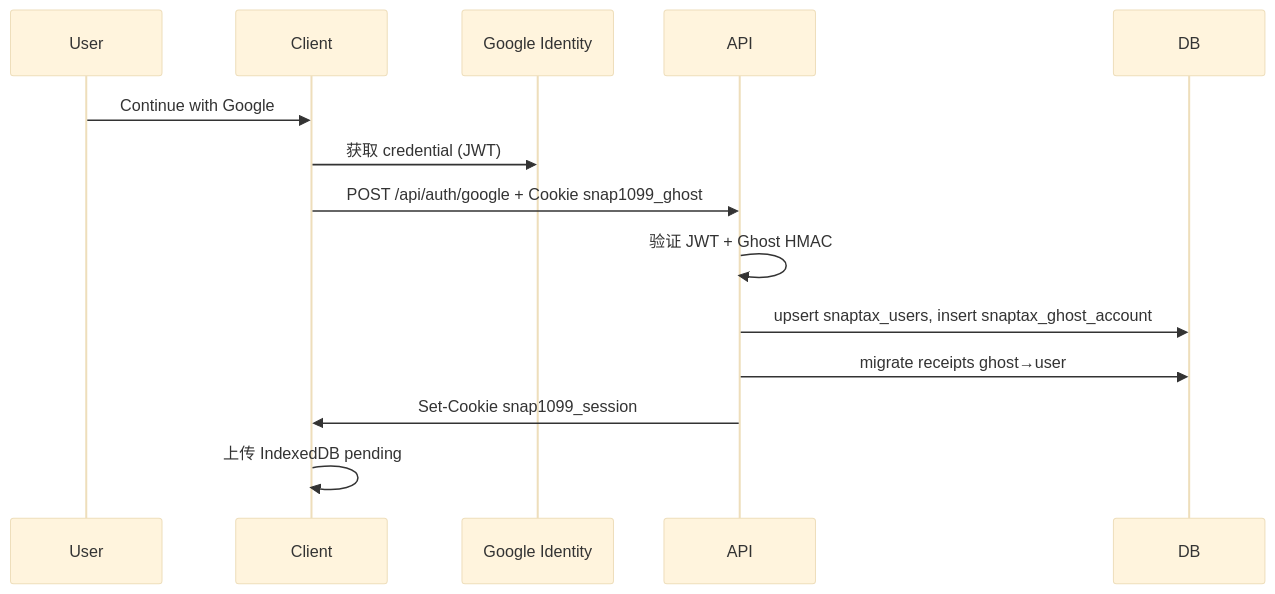
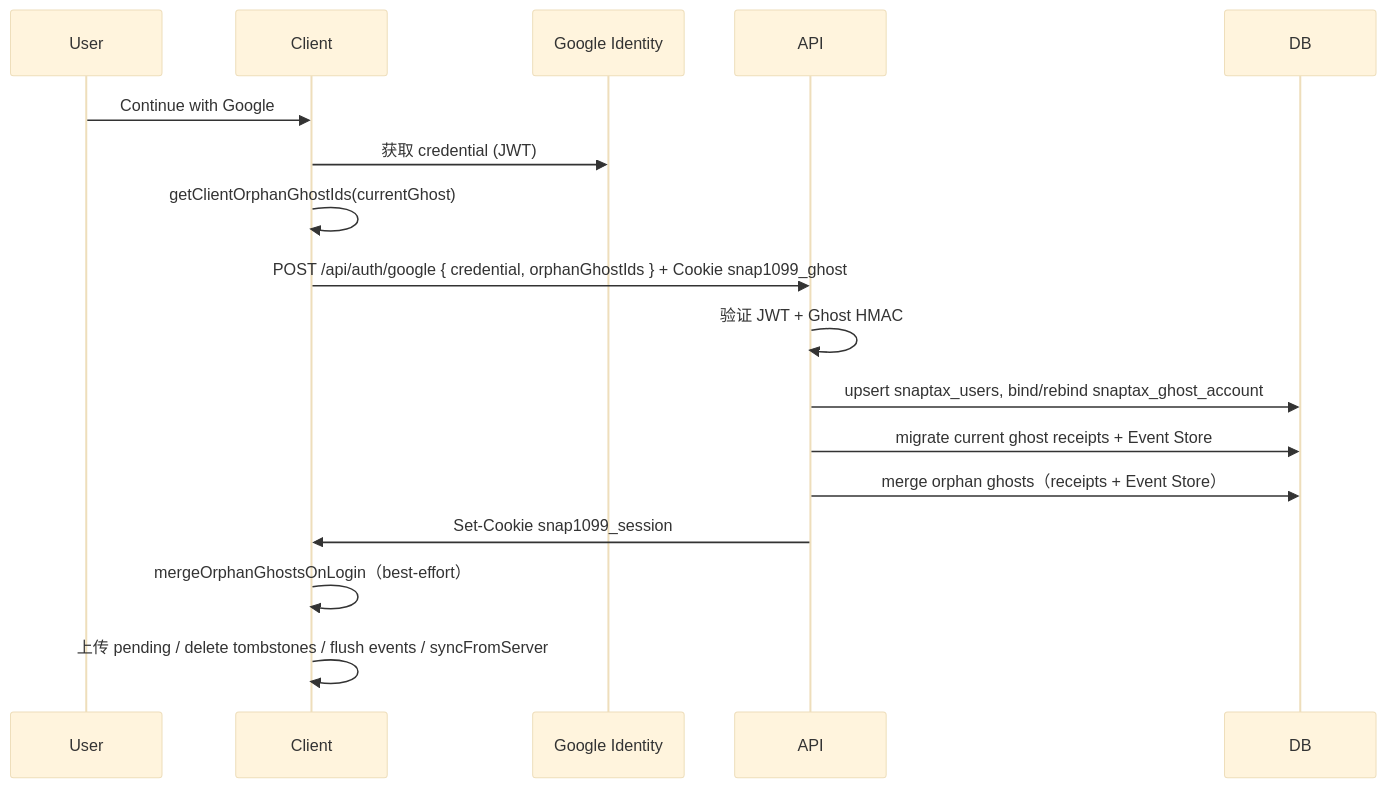
Before and after one commit to isgalloping/snaptax: the second of 2 diagrams in docs/tech/05-auth-ghost-google.md, drawn with Mermaid (base theme). The commit also changed other lines of this file and 6 other files, not shown here.

````diff
--- a/docs/tech/05-auth-ghost-google.md
+++ b/docs/tech/05-auth-ghost-google.md
@@ -36,17 +37,20 @@
 ```mermaid
 sequenceDiagram
     participant User
     participant Client
     participant GIS as Google Identity
     participant API
     participant DB
 
     User->>Client: Continue with Google
     Client->>GIS: 获取 credential (JWT)
-    Client->>API: POST /api/auth/google + Cookie snap1099_ghost
+    Client->>Client: getClientOrphanGhostIds(currentGhost)
+    Client->>API: POST /api/auth/google { credential, orphanGhostIds } + Cookie snap1099_ghost
     API->>API: 验证 JWT + Ghost HMAC
-    API->>DB: upsert snaptax_users, insert snaptax_ghost_account
-    API->>DB: migrate receipts ghost→user
+    API->>DB: upsert snaptax_users, bind/rebind snaptax_ghost_account
+    API->>DB: migrate current ghost receipts + Event Store
+    API->>DB: merge orphan ghosts（receipts + Event Store）
     API->>Client: Set-Cookie snap1099_session
-    Client->>Client: 上传 IndexedDB pending
+    Client->>Client: mergeOrphanGhostsOnLogin（best-effort）
+    Client->>Client: 上传 pending / delete tombstones / flush events / syncFromServer
 ```
````
